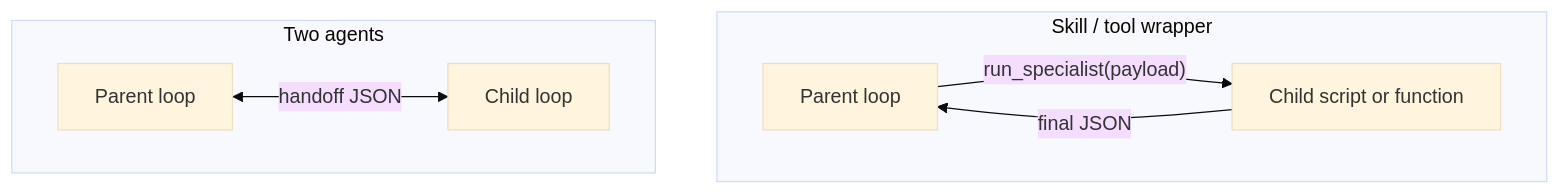
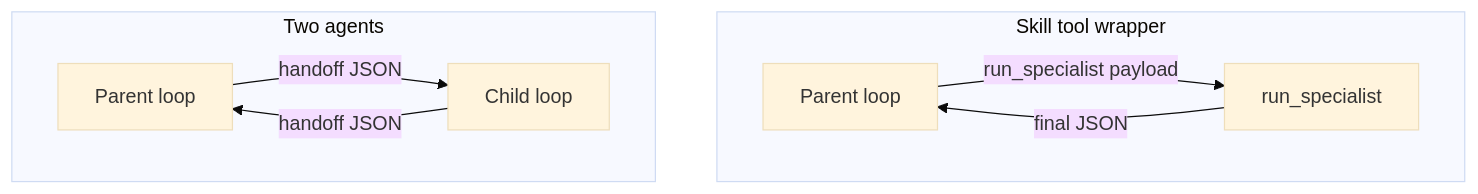
One commit to jacobbweber/AgenticAI-Labs changed the diagram in education/08_two_agents/03_skill_vs_two_agents.md. Above: the diagram before and after it, drawn with Mermaid (base theme). The commit also changed other lines of this file, not shown here.

Commit message:
Align 08 skill-vs-two-agents decision note to the teaching template.

````diff
--- a/education/08_two_agents/03_skill_vs_two_agents.md
+++ b/education/08_two_agents/03_skill_vs_two_agents.md
@@ -29,10 +37,15 @@
 ```mermaid
 flowchart TD
-    subgraph skillWrap ["Skill / tool wrapper"]
-        P1["Parent loop"] -->|"run_specialist(payload)"| C1["Child script or function"]
-        C1 -->|"final JSON"| P1
+    subgraph skill_wrap [Skill tool wrapper]
+        P1["Parent loop"]
+        C1["run_specialist"]
     end
-    subgraph twoAgents ["Two agents"]
-        P2["Parent loop"] <-->|"handoff JSON"| C2["Child loop"]
+    subgraph skill_two [Two agents]
+        P2["Parent loop"]
+        C2["Child loop"]
     end
+    P1 -->|"run_specialist payload"| C1
+    C1 -->|"final JSON"| P1
+    P2 -->|"handoff JSON"| C2
+    C2 -->|"handoff JSON"| P2
 ```
````
